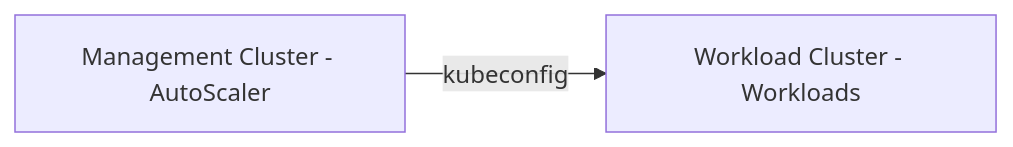
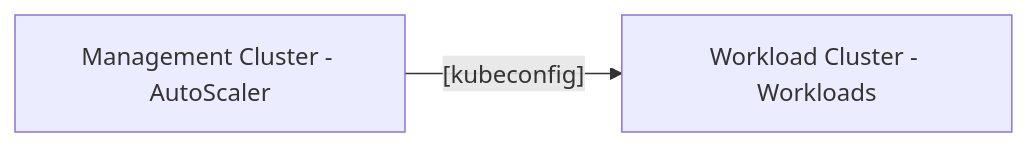
The diagram in docs/autoscaler_testing.md (nutanix-japan/ntnxclusctl), drawn with Mermaid before and after one commit. The commit also changed other lines of this file and 3 other files, not shown here.

````diff
--- a/docs/autoscaler_testing.md
+++ b/docs/autoscaler_testing.md
@@ -14,4 +14,4 @@
 ``` mermaid
 graph LR
-  B[Management Cluster - AutoScaler ] -->|kubeconfig| C[Workload Cluster - Workloads ];
+  B[Management Cluster - AutoScaler ] -->|"[kubeconfig]"| C[Workload Cluster - Workloads ];
 ```
````
